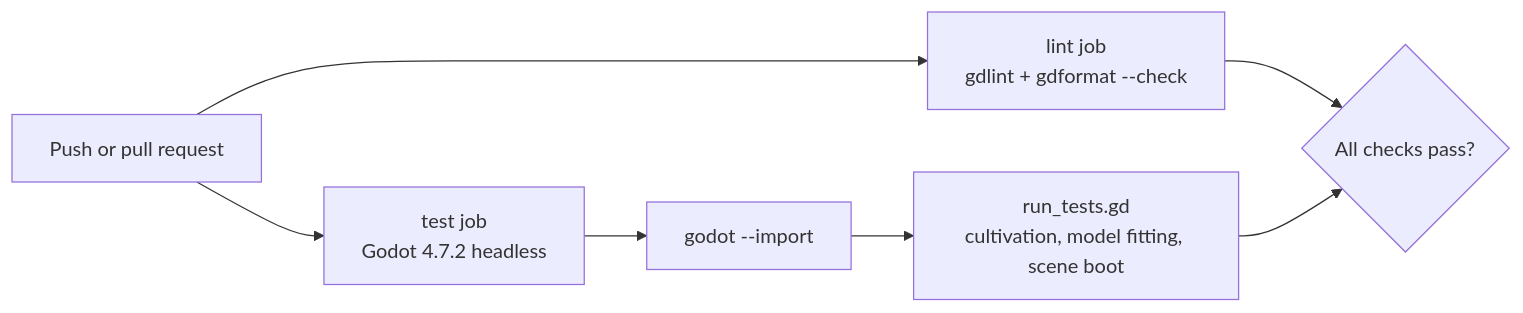
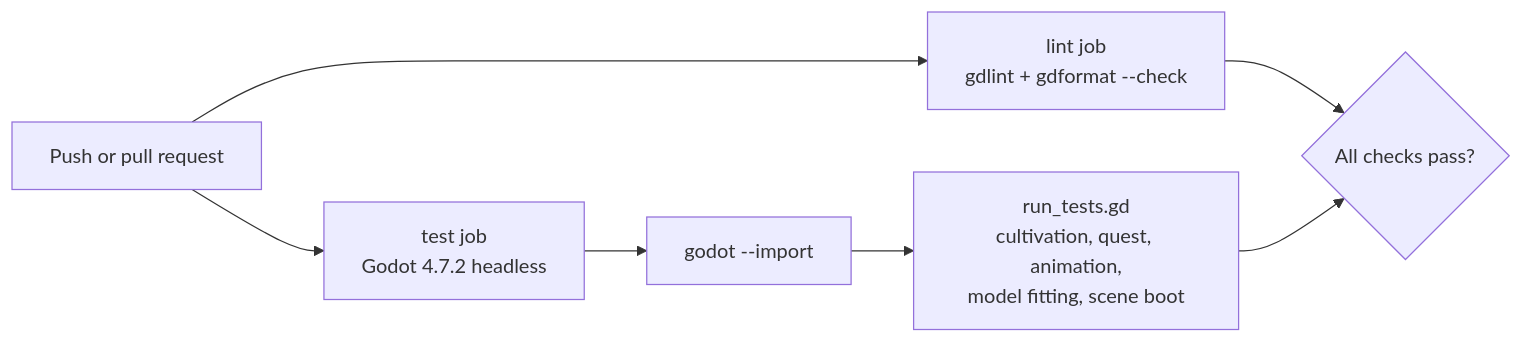
The eighth of 8 diagrams in docs/architecture.md (jgyy/trixian), drawn with Mermaid before and after one commit. The commit also changed other lines of this file and 35 other files, not shown here.

````diff
--- a/docs/architecture.md
+++ b/docs/architecture.md
@@ -182,9 +245,9 @@
 ```mermaid
 flowchart LR
     push["Push or pull request"] --> lint["lint job<br/>gdlint + gdformat --check"]
     push --> test["test job<br/>Godot 4.7.2 headless"]
     test --> import["godot --import"]
-    import --> run["run_tests.gd<br/>cultivation, model fitting, scene boot"]
+    import --> run["run_tests.gd<br/>cultivation, quest, animation,<br/>model fitting, scene boot"]
     lint --> result{"All checks pass?"}
     run --> result
 ```
````
